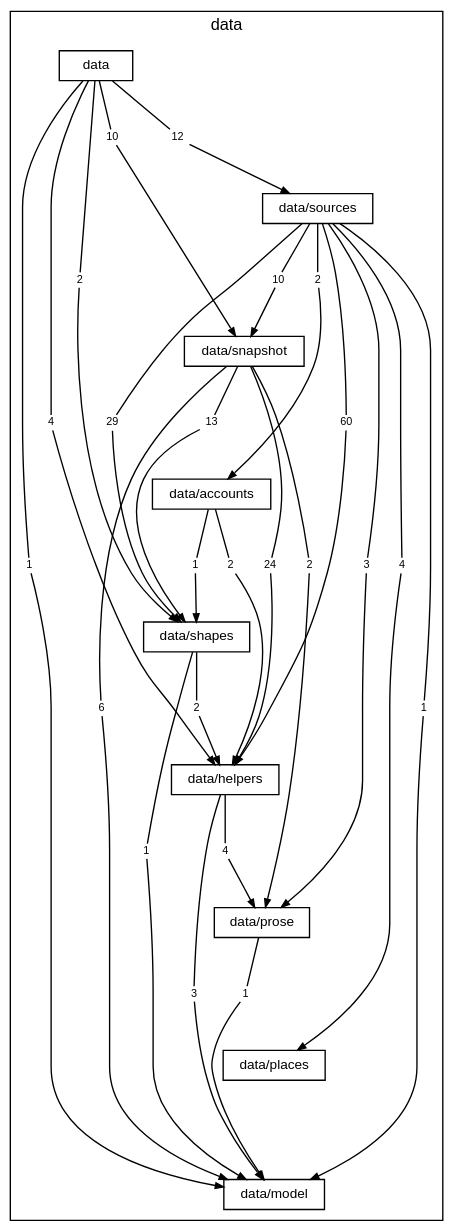
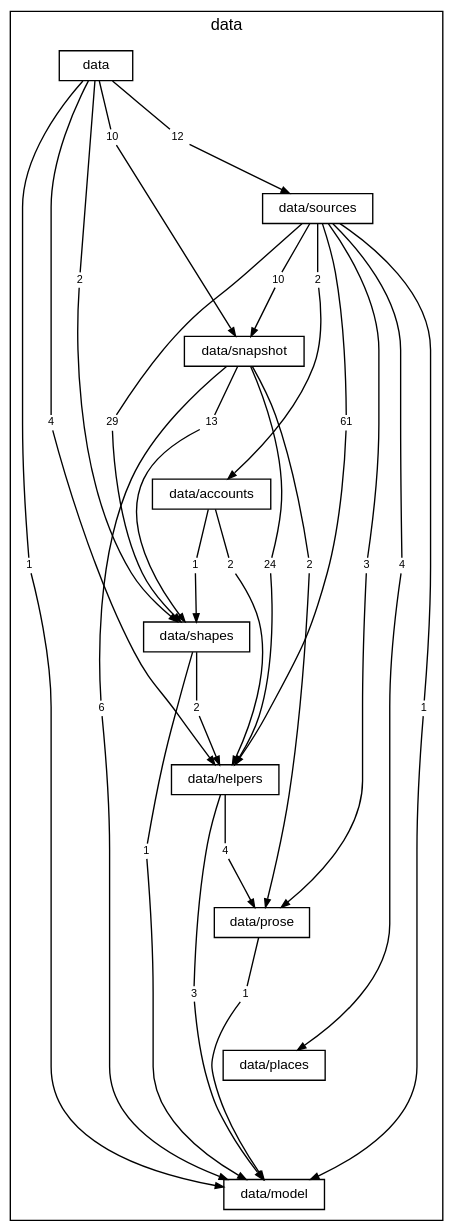
One commit to TheAxeC/oculus changed the diagram in docs/diagrams/layer-data.dot. Above: the diagram before and after it, drawn with Graphviz. The commit also changed 26 other files, not shown here.

```diff
--- a/docs/diagrams/layer-data.dot
+++ b/docs/diagrams/layer-data.dot
@@ -1,94 +1,94 @@
 digraph layer_data {
     graph [bgcolor="transparent", rankdir=TB, newrank=true, mclimit=4, fontname="Helvetica", fontsize=12, nodesep=0.2, ranksep=0.5];
     node [shape=box, color="black", fontcolor="black", fontname="Helvetica", fontsize=10, height=0.3, margin="0.12,0.04"];
     edge [color="black", fontcolor="black", fontname="Helvetica", fontsize=8, arrowsize=0.6];
     subgraph "cluster_data" {
         label="data"; style=solid;
         "folder data" [label="data"];
         "folder data/sources" [label="data/sources"];
         "folder data/snapshot" [label="data/snapshot"];
         "folder data/accounts" [label="data/accounts"];
         "folder data/shapes" [label="data/shapes"];
         "folder data/helpers" [label="data/helpers"];
         "folder data/prose" [label="data/prose"];
         "folder data/places" [label="data/places"];
         "folder data/model" [label="data/model"];
         "folder data to folder data/helpers" [label="4", shape=box, color="transparent", fontsize=8, width=0, height=0, margin="0.04,0.02"];
         "folder data to folder data/model" [label="1", shape=box, color="transparent", fontsize=8, width=0, height=0, margin="0.04,0.02"];
         "folder data to folder data/shapes" [label="2", shape=box, color="transparent", fontsize=8, width=0, height=0, margin="0.04,0.02"];
         "folder data to folder data/snapshot" [label="10", shape=box, color="transparent", fontsize=8, width=0, height=0, margin="0.04,0.02"];
         "folder data to folder data/sources" [label="12", shape=box, color="transparent", fontsize=8, width=0, height=0, margin="0.04,0.02"];
         "folder data/sources to folder data/accounts" [label="2", shape=box, color="transparent", fontsize=8, width=0, height=0, margin="0.04,0.02"];
-        "folder data/sources to folder data/helpers" [label="60", shape=box, color="transparent", fontsize=8, width=0, height=0, margin="0.04,0.02"];
+        "folder data/sources to folder data/helpers" [label="61", shape=box, color="transparent", fontsize=8, width=0, height=0, margin="0.04,0.02"];
         "folder data/sources to folder data/model" [label="1", shape=box, color="transparent", fontsize=8, width=0, height=0, margin="0.04,0.02"];
         "folder data/sources to folder data/places" [label="4", shape=box, color="transparent", fontsize=8, width=0, height=0, margin="0.04,0.02"];
         "folder data/sources to folder data/prose" [label="3", shape=box, color="transparent", fontsize=8, width=0, height=0, margin="0.04,0.02"];
         "folder data/sources to folder data/shapes" [label="29", shape=box, color="transparent", fontsize=8, width=0, height=0, margin="0.04,0.02"];
         "folder data/sources to folder data/snapshot" [label="10", shape=box, color="transparent", fontsize=8, width=0, height=0, margin="0.04,0.02"];
         "folder data/snapshot to folder data/helpers" [label="24", shape=box, color="transparent", fontsize=8, width=0, height=0, margin="0.04,0.02"];
         "folder data/snapshot to folder data/model" [label="6", shape=box, color="transparent", fontsize=8, width=0, height=0, margin="0.04,0.02"];
         "folder data/snapshot to folder data/prose" [label="2", shape=box, color="transparent", fontsize=8, width=0, height=0, margin="0.04,0.02"];
         "folder data/snapshot to folder data/shapes" [label="13", shape=box, color="transparent", fontsize=8, width=0, height=0, margin="0.04,0.02"];
         "folder data/accounts to folder data/helpers" [label="2", shape=box, color="transparent", fontsize=8, width=0, height=0, margin="0.04,0.02"];
         "folder data/accounts to folder data/shapes" [label="1", shape=box, color="transparent", fontsize=8, width=0, height=0, margin="0.04,0.02"];
         "folder data/shapes to folder data/helpers" [label="2", shape=box, color="transparent", fontsize=8, width=0, height=0, margin="0.04,0.02"];
         "folder data/shapes to folder data/model" [label="1", shape=box, color="transparent", fontsize=8, width=0, height=0, margin="0.04,0.02"];
         "folder data/helpers to folder data/model" [label="3", shape=box, color="transparent", fontsize=8, width=0, height=0, margin="0.04,0.02"];
         "folder data/helpers to folder data/prose" [label="4", shape=box, color="transparent", fontsize=8, width=0, height=0, margin="0.04,0.02"];
         "folder data/prose to folder data/model" [label="1", shape=box, color="transparent", fontsize=8, width=0, height=0, margin="0.04,0.02"];
     }
     "folder data" -> "folder data/sources" [style=invis, weight=10, minlen=2];
     "folder data/sources" -> "folder data/snapshot" [style=invis, weight=10, minlen=2];
     "folder data/snapshot" -> "folder data/accounts" [style=invis, weight=10, minlen=2];
     "folder data/accounts" -> "folder data/shapes" [style=invis, weight=10, minlen=2];
     "folder data/shapes" -> "folder data/helpers" [style=invis, weight=10, minlen=2];
     "folder data/helpers" -> "folder data/prose" [style=invis, weight=10, minlen=2];
     "folder data/prose" -> "folder data/places" [style=invis, weight=10, minlen=2];
     "folder data/places" -> "folder data/model" [style=invis, weight=10, minlen=2];
     "folder data" -> "folder data to folder data/helpers" [arrowhead=none, minlen=5, weight=10];
     "folder data to folder data/helpers" -> "folder data/helpers" [];
     "folder data" -> "folder data to folder data/model" [arrowhead=none, minlen=7, weight=10];
     "folder data to folder data/model" -> "folder data/model" [];
     "folder data" -> "folder data to folder data/shapes" [arrowhead=none, minlen=3, weight=10];
     "folder data to folder data/shapes" -> "folder data/shapes" [];
     "folder data" -> "folder data to folder data/snapshot" [arrowhead=none, minlen=1, weight=10];
     "folder data to folder data/snapshot" -> "folder data/snapshot" [];
     "folder data" -> "folder data to folder data/sources" [arrowhead=none, minlen=1, weight=10];
     "folder data to folder data/sources" -> "folder data/sources" [];
     "folder data/sources" -> "folder data/sources to folder data/accounts" [arrowhead=none, minlen=1, weight=10];
     "folder data/sources to folder data/accounts" -> "folder data/accounts" [];
     "folder data/sources" -> "folder data/sources to folder data/helpers" [arrowhead=none, minlen=3, weight=10];
     "folder data/sources to folder data/helpers" -> "folder data/helpers" [];
     "folder data/sources" -> "folder data/sources to folder data/model" [arrowhead=none, minlen=7, weight=10];
     "folder data/sources to folder data/model" -> "folder data/model" [];
     "folder data/sources" -> "folder data/sources to folder data/places" [arrowhead=none, minlen=5, weight=10];
     "folder data/sources to folder data/places" -> "folder data/places" [];
     "folder data/sources" -> "folder data/sources to folder data/prose" [arrowhead=none, minlen=5, weight=10];
     "folder data/sources to folder data/prose" -> "folder data/prose" [];
     "folder data/sources" -> "folder data/sources to folder data/shapes" [arrowhead=none, minlen=3, weight=10];
     "folder data/sources to folder data/shapes" -> "folder data/shapes" [];
     "folder data/sources" -> "folder data/sources to folder data/snapshot" [arrowhead=none, minlen=1, weight=10];
     "folder data/sources to folder data/snapshot" -> "folder data/snapshot" [];
     "folder data/snapshot" -> "folder data/snapshot to folder data/helpers" [arrowhead=none, minlen=3, weight=10];
     "folder data/snapshot to folder data/helpers" -> "folder data/helpers" [];
     "folder data/snapshot" -> "folder data/snapshot to folder data/model" [arrowhead=none, minlen=5, weight=10];
     "folder data/snapshot to folder data/model" -> "folder data/model" [];
     "folder data/snapshot" -> "folder data/snapshot to folder data/prose" [arrowhead=none, minlen=3, weight=10];
     "folder data/snapshot to folder data/prose" -> "folder data/prose" [];
     "folder data/snapshot" -> "folder data/snapshot to folder data/shapes" [arrowhead=none, minlen=1, weight=10];
     "folder data/snapshot to folder data/shapes" -> "folder data/shapes" [];
     "folder data/accounts" -> "folder data/accounts to folder data/helpers" [arrowhead=none, minlen=1, weight=10];
     "folder data/accounts to folder data/helpers" -> "folder data/helpers" [];
     "folder data/accounts" -> "folder data/accounts to folder data/shapes" [arrowhead=none, minlen=1, weight=10];
     "folder data/accounts to folder data/shapes" -> "folder data/shapes" [];
     "folder data/shapes" -> "folder data/shapes to folder data/helpers" [arrowhead=none, minlen=1, weight=10];
     "folder data/shapes to folder data/helpers" -> "folder data/helpers" [];
     "folder data/shapes" -> "folder data/shapes to folder data/model" [arrowhead=none, minlen=3, weight=10];
     "folder data/shapes to folder data/model" -> "folder data/model" [];
     "folder data/helpers" -> "folder data/helpers to folder data/model" [arrowhead=none, minlen=3, weight=10];
     "folder data/helpers to folder data/model" -> "folder data/model" [];
     "folder data/helpers" -> "folder data/helpers to folder data/prose" [arrowhead=none, minlen=1, weight=10];
     "folder data/helpers to folder data/prose" -> "folder data/prose" [];
     "folder data/prose" -> "folder data/prose to folder data/model" [arrowhead=none, minlen=1, weight=10];
     "folder data/prose to folder data/model" -> "folder data/model" [];
 }
```
